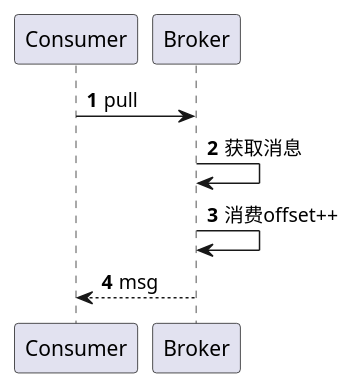
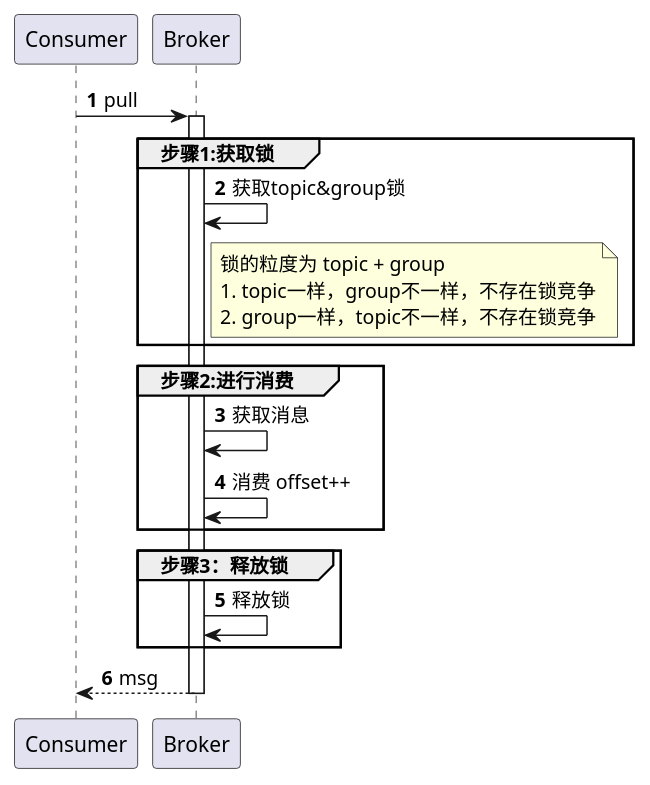
Before and after one commit to zexho994/Jinx: the diagram in docs/broker/并发消息消费.puml, drawn with PlantUML.

Commit message:
docs: 并发消息时序图

```diff
--- a/docs/broker/并发消息消费.puml
+++ b/docs/broker/并发消息消费.puml
@@ -1,9 +1,27 @@
 @startuml
 autonumber
 
-Consumer -> Broker : pull
+Consumer -> Broker ++: pull
+
+group 步骤1:获取锁
+Broker -> Broker : 获取topic&group锁
+note right of Broker
+锁的粒度为 topic + group
+1. topic一样，group不一样，不存在锁竞争
+2. group一样，topic不一样，不存在锁竞争
+end note
+
+end
+
+group 步骤2:进行消费
 Broker -> Broker : 获取消息
-Broker -> Broker : 消费offset++
-Broker --> Consumer : msg
+Broker -> Broker : 消费 offset++
+end
+
+group 步骤3：释放锁
+Broker -> Broker : 释放锁
+end
+
+Broker --> Consumer --: msg
 
 @enduml
```
